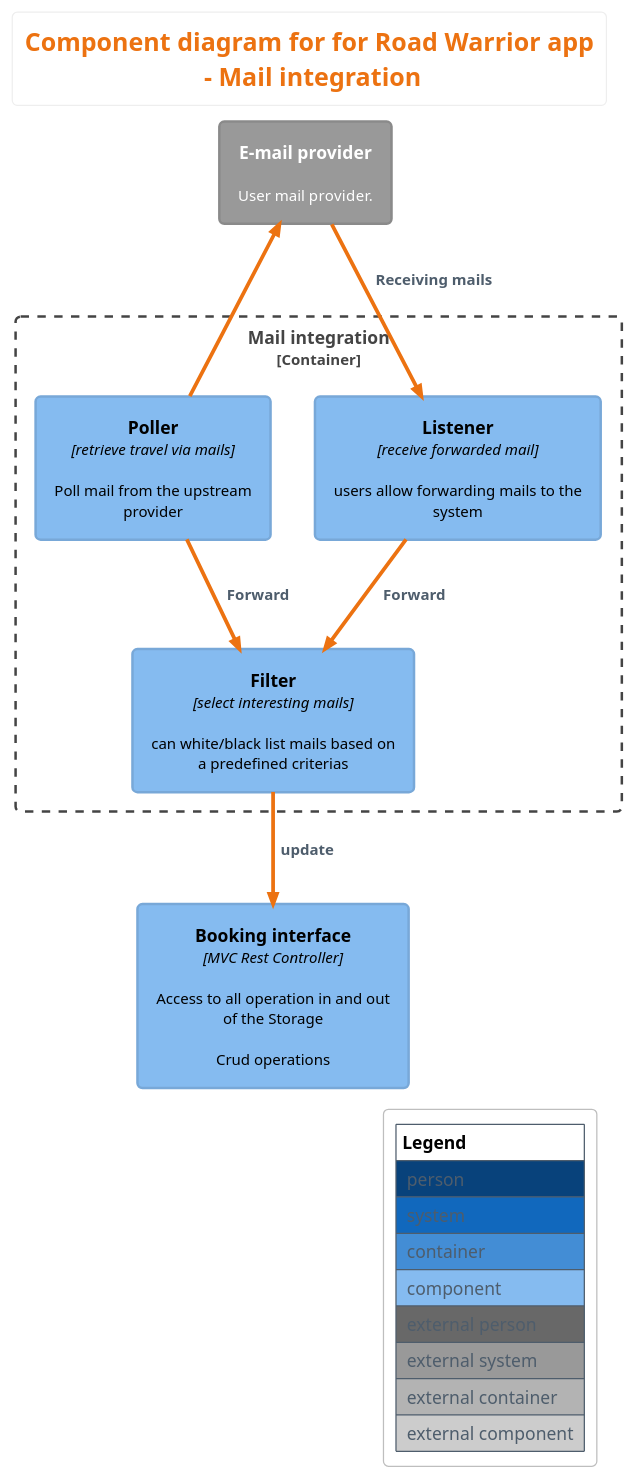
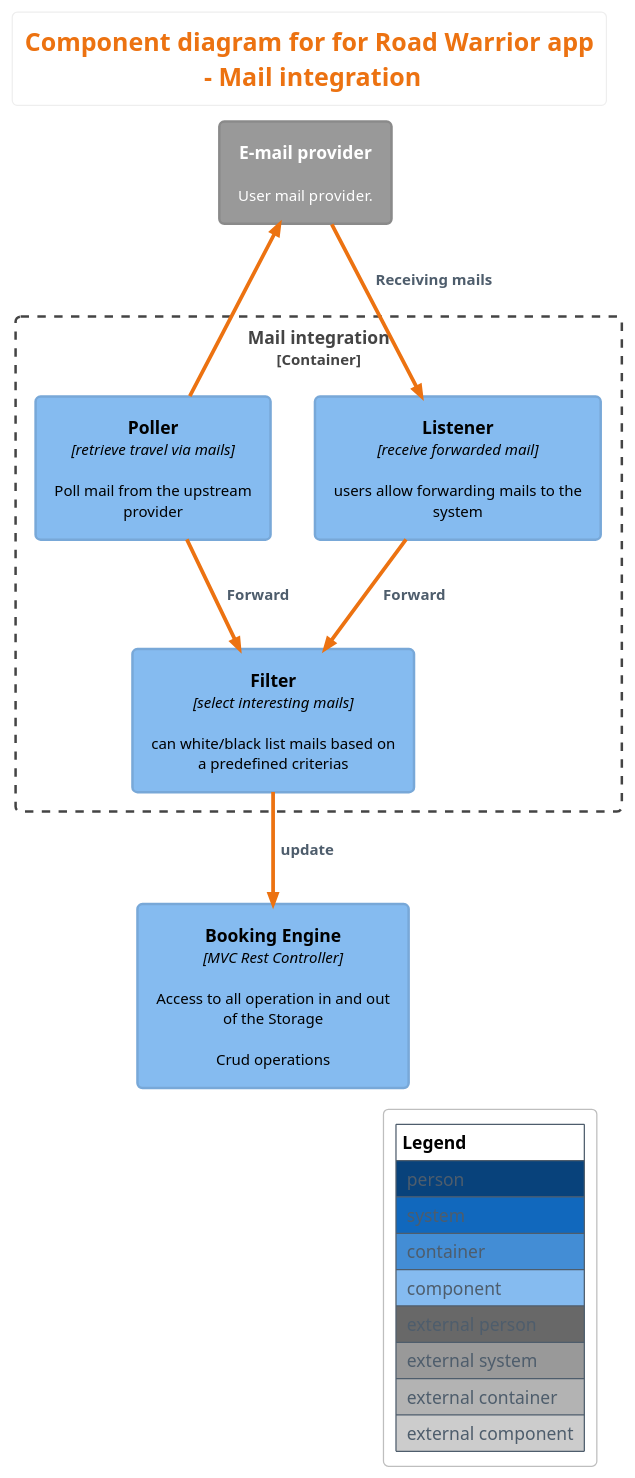
Before and after one commit to relic-da/ArchEnemies: the diagram in doc/diagrams/c4/c4-component_mail-integration.puml, drawn with PlantUML. The commit also changed 18 other files, not shown here.

Commit message:
Rename Booking Interface component to Booking Engine

```diff
--- a/doc/diagrams/c4/c4-component_mail-integration.puml
+++ b/doc/diagrams/c4/c4-component_mail-integration.puml
@@ -2,34 +2,34 @@
 @startuml
 !include <c4/C4_Component.puml>  
 !theme aws-orange
 skinparam BackgroundColor white
 ' uncomment the following line and comment the first to use locally
 ' !include C4_Component.puml
 
 LAYOUT_WITH_LEGEND()
 
 title Component diagram for for **Road Warrior** app\n - **Mail integration**
 
 
 Container_Boundary(mail_integration, "Mail integration") {
 Component(mail_poller, "Poller", "retrieve travel via mails", "Poll mail from the upstream provider")
 Component(mail_listener, "Listener", "receive forwarded mail", "users allow forwarding mails to the system")
 Component(mail_filter, "Filter", "select interesting mails", "can white/black list mails based on a predefined criterias")
 
     Rel(mail_poller, mail_filter, "Forward")
     Rel(mail_listener, mail_filter, "Forward")
 
 }
 
-Component(booking_interface, "Booking interface", "MVC Rest Controller", "Access to all operation in and out of the Storage\n\nCrud operations")
+Component(booking_engine, "Booking Engine", "MVC Rest Controller", "Access to all operation in and out of the Storage\n\nCrud operations")
 
 System_Ext(email_provider, "E-mail provider", "User mail provider.")
 
 
-Rel(mail_filter, booking_interface, "update")
+Rel(mail_filter, booking_engine, "update")
 Rel(email_provider, mail_listener, "Receiving mails")
 Rel_Back(email_provider, mail_poller, "")
 
 
 
 @enduml
```
